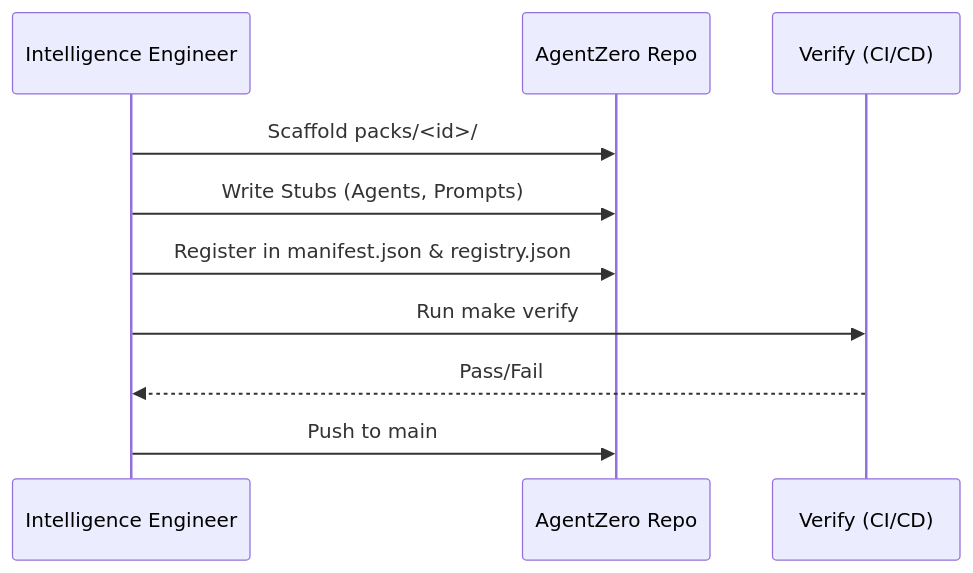
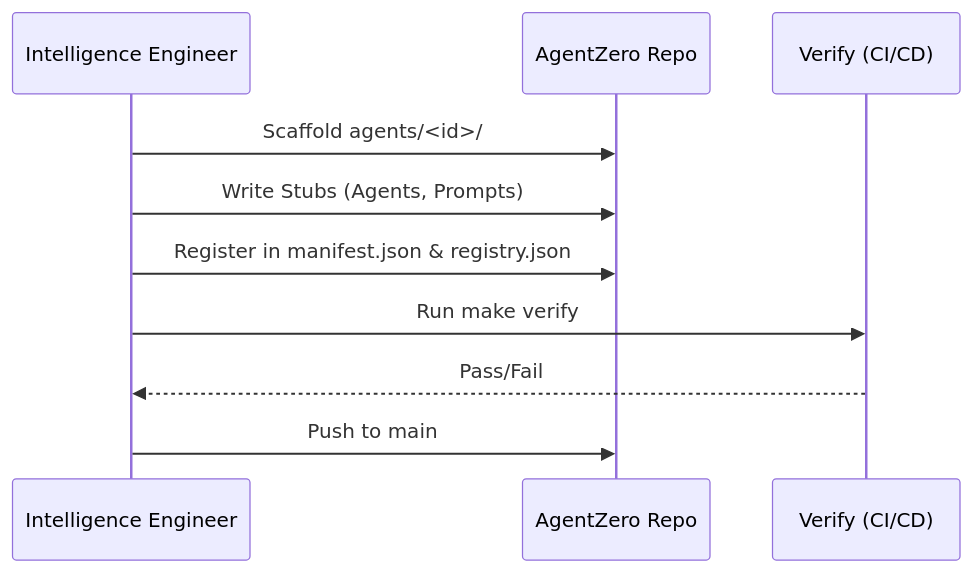
The first of 2 diagrams in docs/SOP.md (laxit-patel-simform/agentzero), drawn with Mermaid before and after one commit. The commit also changed other lines of this file and 11 other files, not shown here.

Commit message:
refactor: packs renamed to agents for better semantics

````diff
--- a/docs/SOP.md
+++ b/docs/SOP.md
@@ -10,13 +10,13 @@
 ```mermaid
 sequenceDiagram
     participant E as Intelligence Engineer
     participant R as AgentZero Repo
     participant V as Verify (CI/CD)
     
-    E->>R: Scaffold packs/<id>/
+    E->>R: Scaffold agents/<id>/
     E->>R: Write Stubs (Agents, Prompts)
     E->>R: Register in manifest.json & registry.json
     E->>V: Run make verify
     V-->>E: Pass/Fail
     E->>R: Push to main
 ```
````
